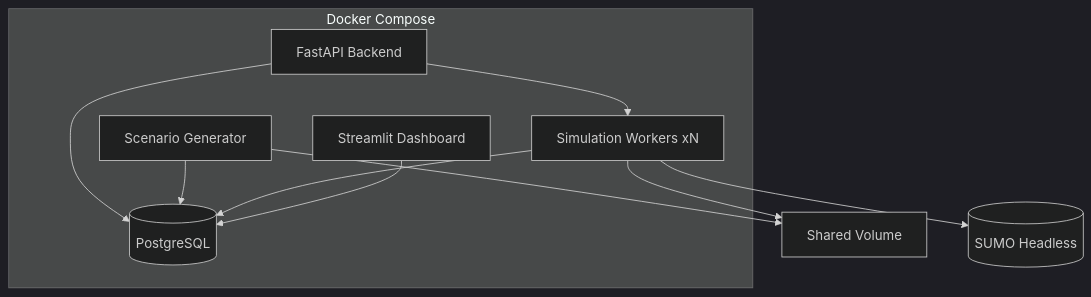
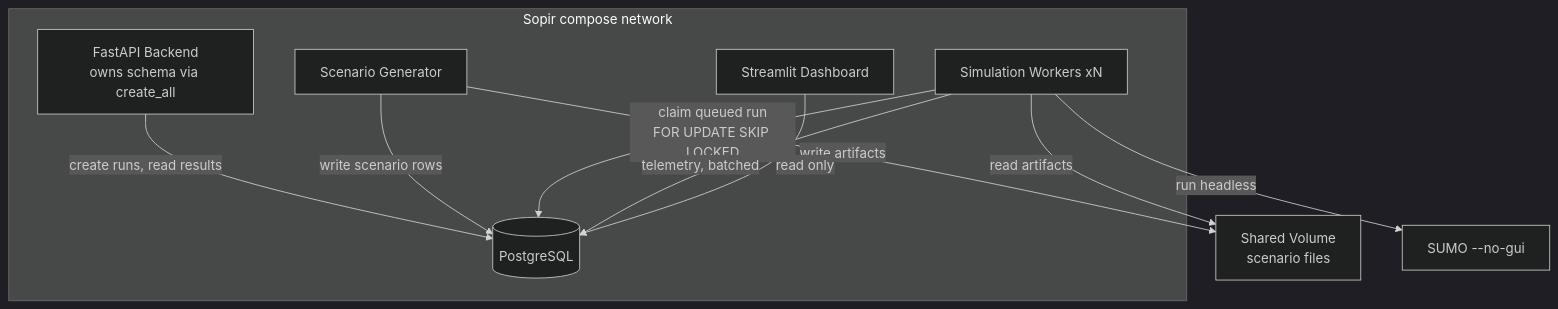
The first of 4 diagrams in docs/architecture.md (FajarLaksono/sopir), drawn with Mermaid (dark theme) before and after one commit. The commit also changed other lines of this file and 74 other files, not shown here.

````diff
--- a/docs/architecture.md
+++ b/docs/architecture.md
@@ -5,19 +14,19 @@
 ```mermaid
 graph TB
-    subgraph "Docker Compose"
-        DB[(PostgreSQL)]
-        API[FastAPI Backend]
+    subgraph Compose["Sopir compose network"]
+        API["FastAPI Backend<br/>owns schema via create_all"]
         GEN[Scenario Generator]
         WKR[Simulation Workers xN]
         DASH[Streamlit Dashboard]
+        DB[("PostgreSQL")]
     end
 
-    API --> DB
-    GEN --> DB
-    GEN --> VOL[Shared Volume]
-    WKR --> DB
-    WKR --> VOL
-    WKR --> SUMO[(SUMO Headless)]
-    DASH --> DB
-    API --> WKR
+    API -->|create runs, read results| DB
+    GEN -->|write scenario rows| DB
+    GEN -->|write artifacts| VOL["Shared Volume<br/>scenario files"]
+    WKR -->|claim queued run<br/>FOR UPDATE SKIP LOCKED| DB
+    WKR -->|read artifacts| VOL
+    WKR -->|run headless| SUMO["SUMO --no-gui"]
+    WKR -->|telemetry, batched| DB
+    DASH -->|read only| DB
 ```
````
